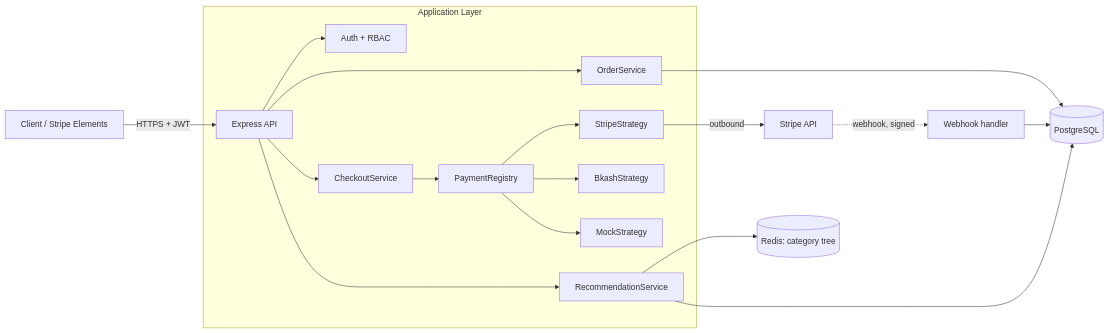
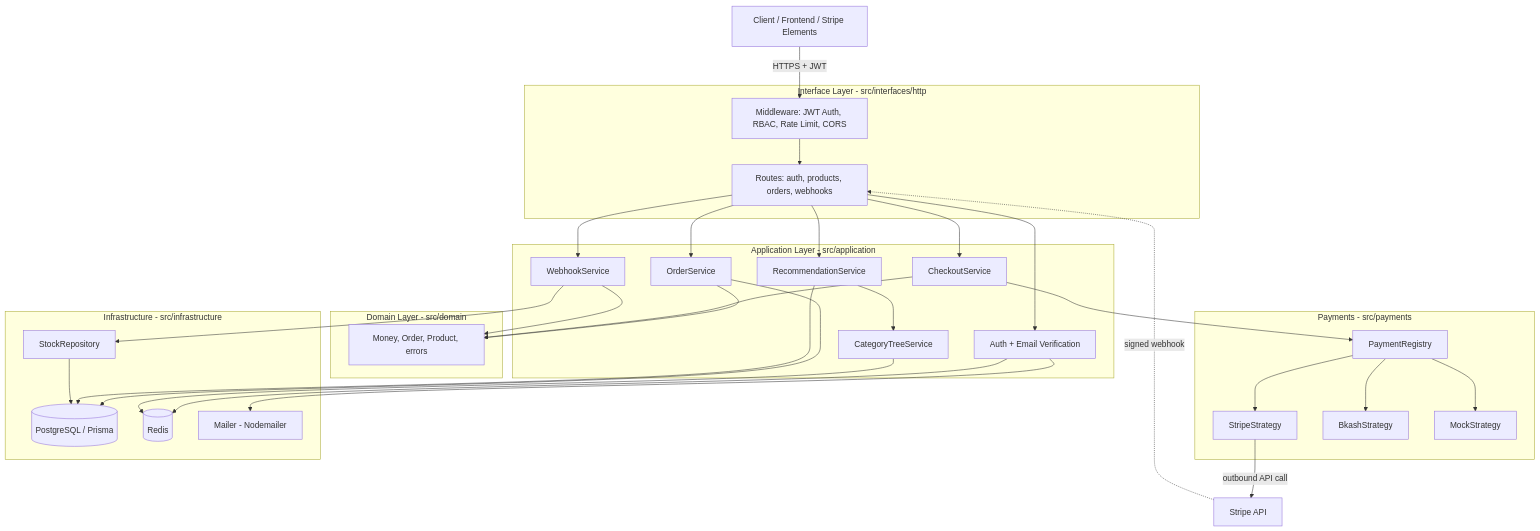
Before and after one commit to HasibAlTahsin/ecommerce-backend: the diagram in docs/architecture.md, drawn with Mermaid. The commit also changed other lines of this file, not shown here.

Commit message:
docs: expand architecture doc with prose and updated diagram; clean README

````diff
--- a/docs/architecture.md
+++ b/docs/architecture.md
@@ -3,20 +13,61 @@
 ```mermaid
-flowchart LR
-  C[Client / Stripe Elements] -->|HTTPS + JWT| API[Express API]
-  subgraph app[Application Layer]
-    API --> AUTH[Auth + RBAC]
-    API --> ORD[OrderService]
-    API --> CHK[CheckoutService]
-    API --> REC[RecommendationService]
-    CHK --> REG[PaymentRegistry]
-    REG --> ST[StripeStrategy]
-    REG --> BK[BkashStrategy]
-    REG --> MK[MockStrategy]
+flowchart TB
+  C[Client / Frontend / Stripe Elements]
+
+  subgraph interface[Interface Layer - src/interfaces/http]
+    MW[Middleware: JWT Auth, RBAC, Rate Limit, CORS]
+    RT[Routes: auth, products, orders, webhooks]
   end
-  ORD --> PG[(PostgreSQL)]
-  REC --> RD[(Redis: category tree)]
+
+  subgraph application[Application Layer - src/application]
+    AUTH[Auth + Email Verification]
+    ORD[OrderService]
+    CHK[CheckoutService]
+    REC[RecommendationService]
+    CTS[CategoryTreeService]
+    WH[WebhookService]
+  end
+
+  subgraph payments[Payments - src/payments]
+    REG[PaymentRegistry]
+    ST[StripeStrategy]
+    BK[BkashStrategy]
+    MK[MockStrategy]
+  end
+
+  subgraph domain[Domain Layer - src/domain]
+    DM[Money, Order, Product, errors]
+  end
+
+  subgraph infra[Infrastructure - src/infrastructure]
+    SR[StockRepository]
+    PG[(PostgreSQL / Prisma)]
+    RD[(Redis)]
+    ML[Mailer - Nodemailer]
+  end
+
+  C -->|HTTPS + JWT| MW
+  MW --> RT
+  RT --> AUTH
+  RT --> ORD
+  RT --> CHK
+  RT --> REC
+  AUTH --> RD
+  AUTH --> ML
+  REC --> CTS
+  CTS --> RD
+  CHK --> REG
+  REG --> ST
+  REG --> BK
+  REG --> MK
+  ORD --> PG
   REC --> PG
-  ST -->|outbound| STRIPE[Stripe API]
-  STRIPE -.->|webhook, signed| WH[Webhook handler]
-  WH --> PG
+  ORD --> DM
+  CHK --> DM
+  WH --> DM
+  WH --> SR
+  SR --> PG
+  ST -->|outbound API call| STRIPE[Stripe API]
+  STRIPE -.->|signed webhook| RT
+  RT --> WH
 ```
````
